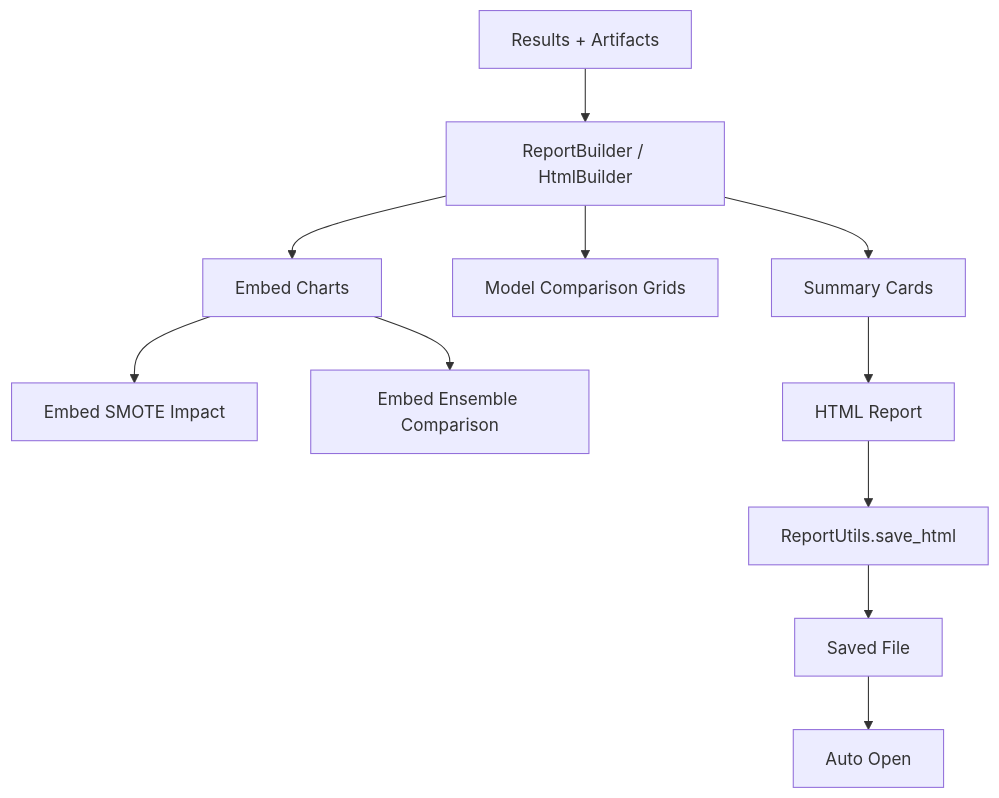
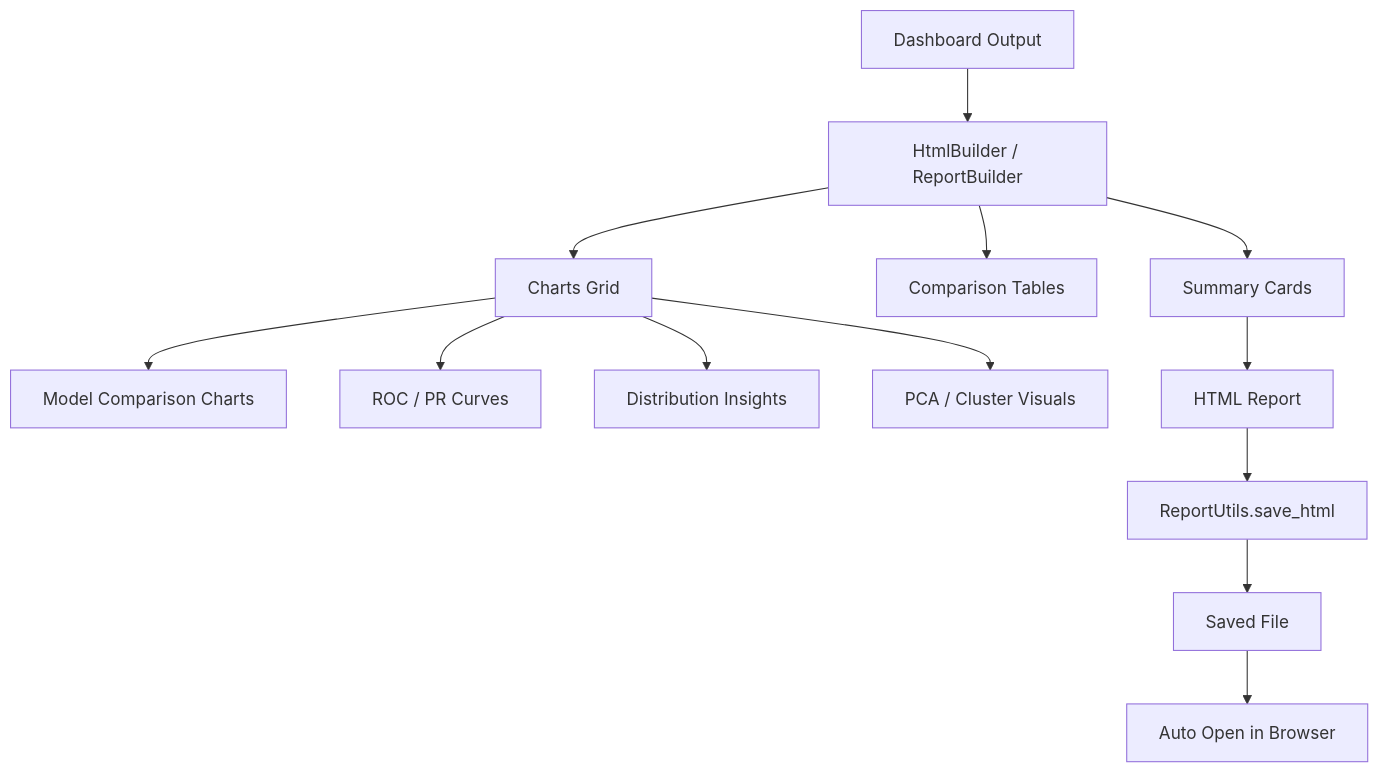
The sixth of 6 diagrams in lib/utility/machinelearning/README.md (abhinavssingh/python-learnings), drawn with Mermaid before and after one commit. The commit also changed other lines of this file and 41 other files, not shown here.

````diff
--- a/lib/utility/machinelearning/README.md
+++ b/lib/utility/machinelearning/README.md
@@ -197,19 +198,21 @@
 ```mermaid
 flowchart TD
 
-    A[Results + Artifacts] --> B[ReportBuilder / HtmlBuilder]
+    A[Dashboard Output] --> B[HtmlBuilder / ReportBuilder]
 
     B --> C[Summary Cards]
-    B --> D[Model Comparison Grids]
-    B --> E[Embed Charts]
+    B --> D[Comparison Tables]
+    B --> E[Charts Grid]
 
-    E --> E1[Embed SMOTE Impact]
-    E --> E2[Embed Ensemble Comparison]
+    E --> E1[Model Comparison Charts]
+    E --> E2[ROC / PR Curves]
+    E --> E3[Distribution Insights]
+    E --> E4[PCA / Cluster Visuals]
 
     C --> F[HTML Report]
 
     F --> G[ReportUtils.save_html]
 
     G --> H[Saved File]
-    H --> I[Auto Open]
+    H --> I[Auto Open in Browser]
 ```
````
